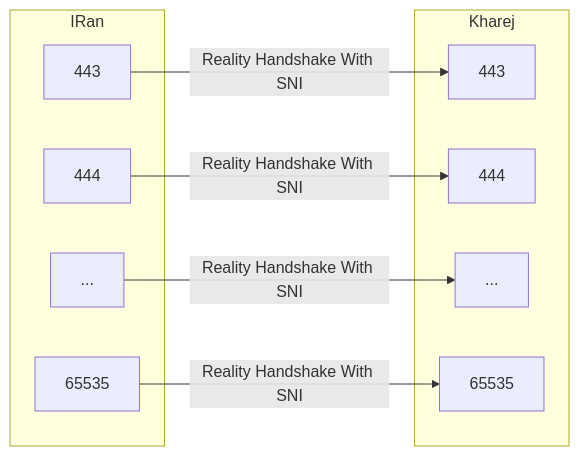
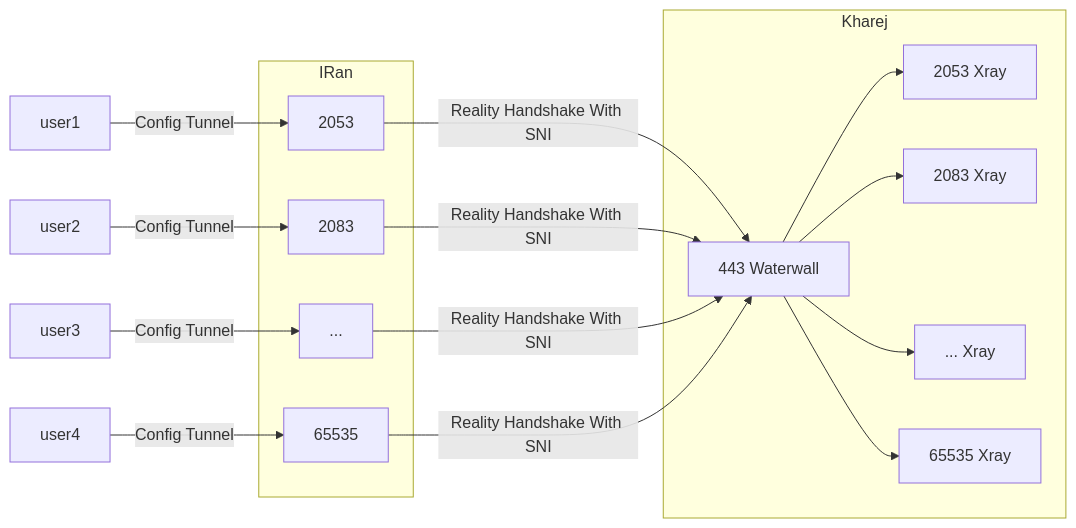
One commit to just-the-docs/just-the-docs-template changed the diagram in Reality-Direct-Tunnel.md. Above: the diagram before and after it, drawn with Mermaid. The commit also changed other lines of this file, not shown here.

Commit message:
fix incorrect graph

````diff
--- a/Reality-Direct-Tunnel.md
+++ b/Reality-Direct-Tunnel.md
@@ -82,15 +82,20 @@
 ```mermaid
 flowchart LR;
+    user1 -- "Config Tunnel" --> A1;
+    user2 -- "Config Tunnel" --> A2;
+    user3 -- "Config Tunnel" --> A3;
+    user4 -- "Config Tunnel" --> A4;
     subgraph Kharej;
-    B1[443];
-    B2[444];
-    B3[...];
-    B4[65535];
+    B1[443 Waterwall] --> B2 & B3 & B4 & B5;
+    B2[2053 Xray];
+    B3[2083 Xray];
+    B4[... Xray];
+    B5[65535 Xray];
     end;
     subgraph IRan;
-    A1[443] -- "Reality Handshake With SNI" --> B1;
-    A2[444] -- "Reality Handshake With SNI" --> B2;
-    A3[...] -- "Reality Handshake With SNI" --> B3;
-    A4[65535] -- "Reality Handshake With SNI" --> B4;
+    A1[2053] -- "Reality Handshake With SNI" --> B1;
+    A2[2083] -- "Reality Handshake With SNI" --> B1;
+    A3[...] -- "Reality Handshake With SNI" --> B1;
+    A4[65535] -- "Reality Handshake With SNI" --> B1;
     end;
 ```
````
